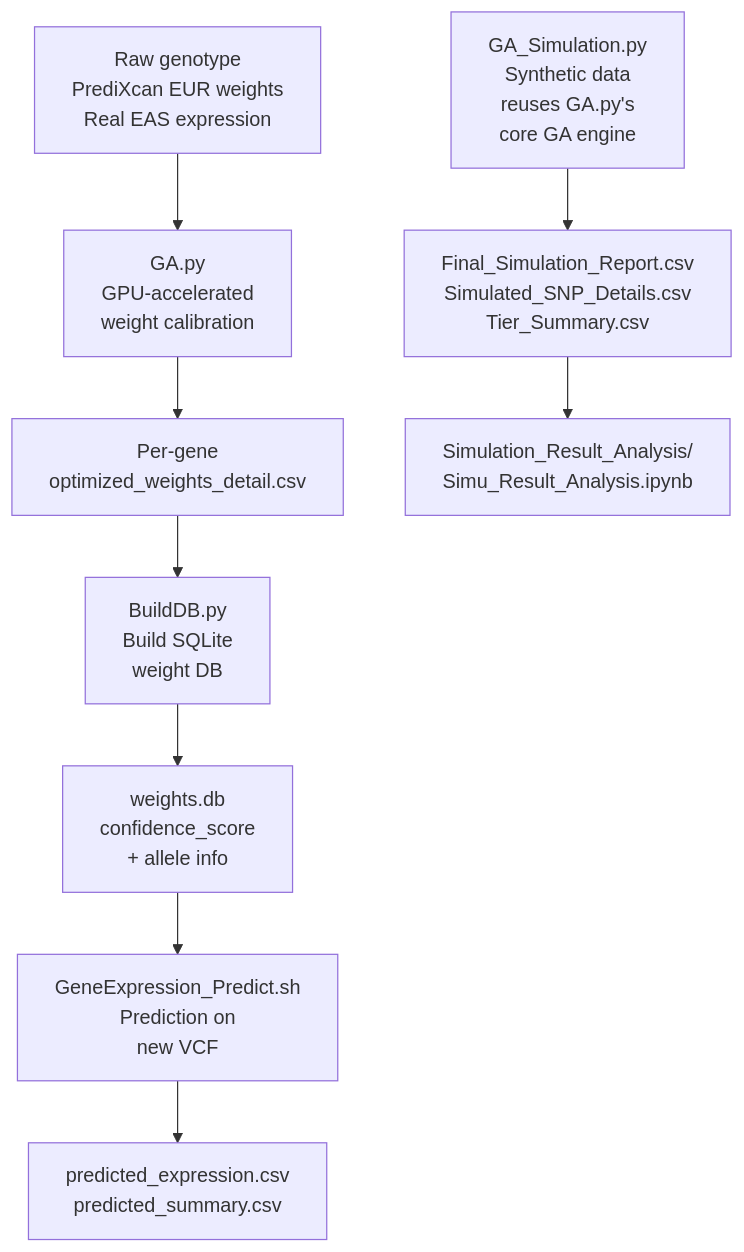
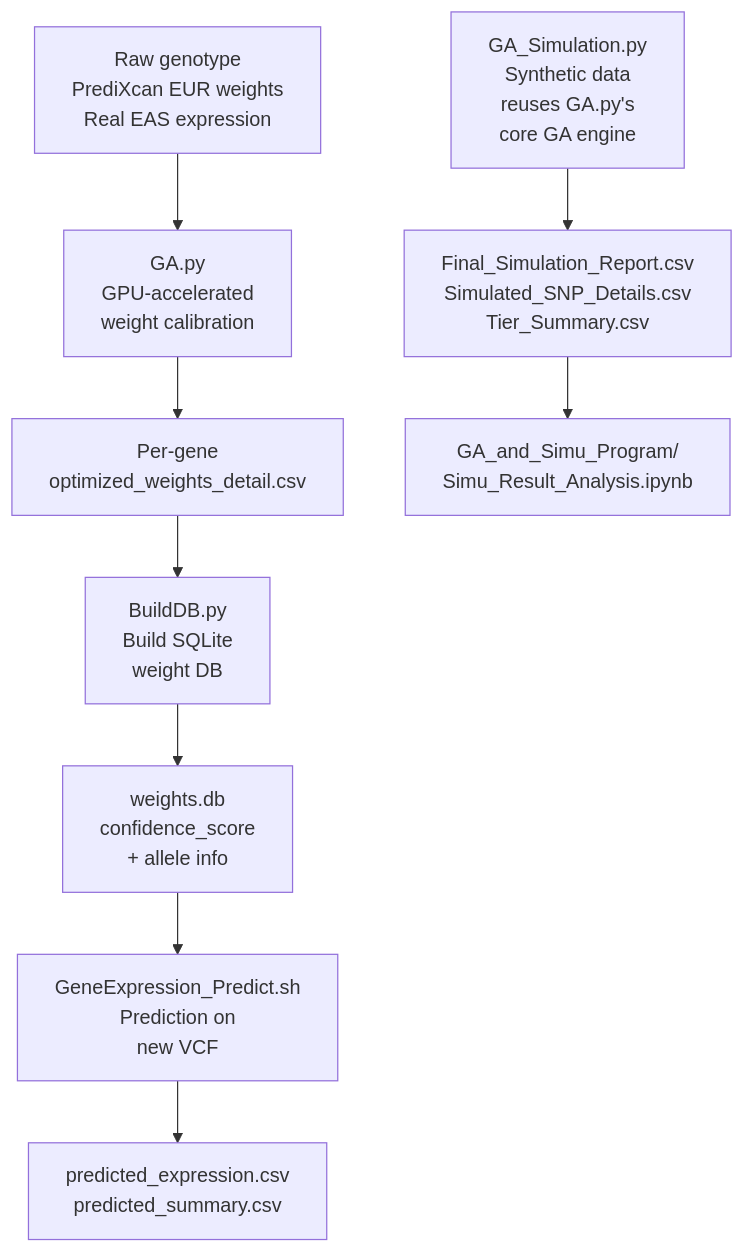
Before and after one commit to AnywayCheng/PredictAP-GA-EAS: the first of 2 diagrams in README.md, drawn with Mermaid. The commit also changed other lines of this file and 2 other files, not shown here.

First line of the commit message:
Move simulation analysis files into GA_and_Simu_Program, drop wrapper folder

````diff
--- a/README.md
+++ b/README.md
@@ -196,12 +194,12 @@
 ```mermaid
 flowchart TD
     A[Raw genotype\nPrediXcan EUR weights\nReal EAS expression] --> B[GA.py\nGPU-accelerated\nweight calibration]
     B --> C[Per-gene\noptimized_weights_detail.csv]
     C --> D[BuildDB.py\nBuild SQLite\nweight DB]
     D --> E[weights.db\nconfidence_score\n+ allele info]
     E --> F[GeneExpression_Predict.sh\nPrediction on\nnew VCF]
     F --> G[predicted_expression.csv\npredicted_summary.csv]
 
     H[GA_Simulation.py\nSynthetic data\nreuses GA.py's\ncore GA engine] --> I[Final_Simulation_Report.csv\nSimulated_SNP_Details.csv\nTier_Summary.csv]
-    I --> J[Simulation_Result_Analysis/\nSimu_Result_Analysis.ipynb]
+    I --> J[GA_and_Simu_Program/\nSimu_Result_Analysis.ipynb]
 ```
````
